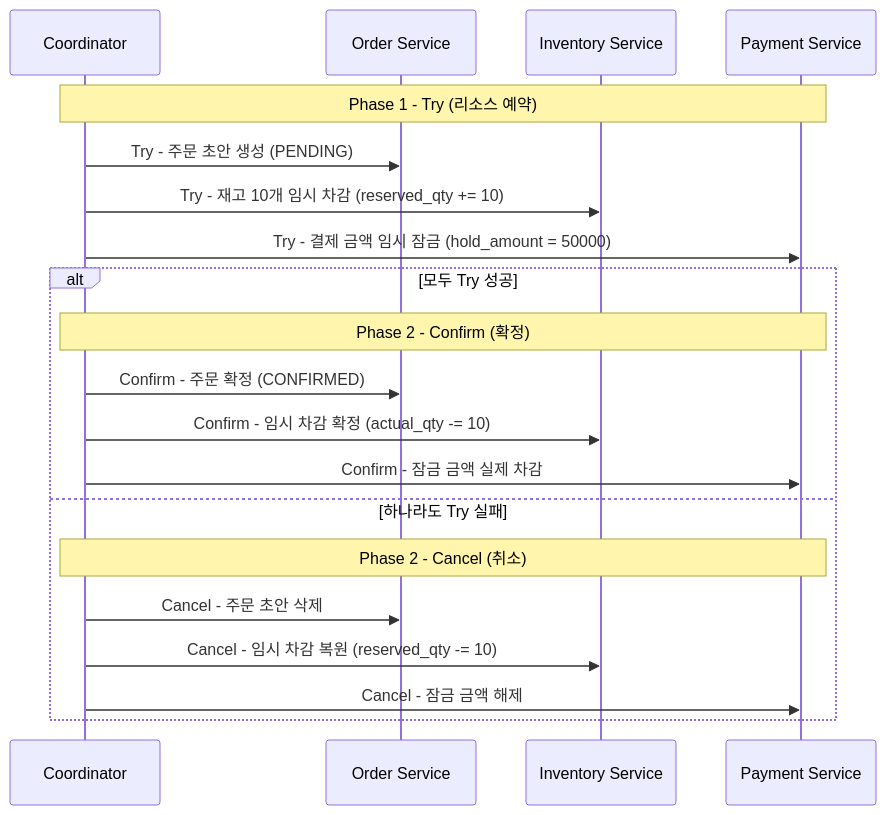
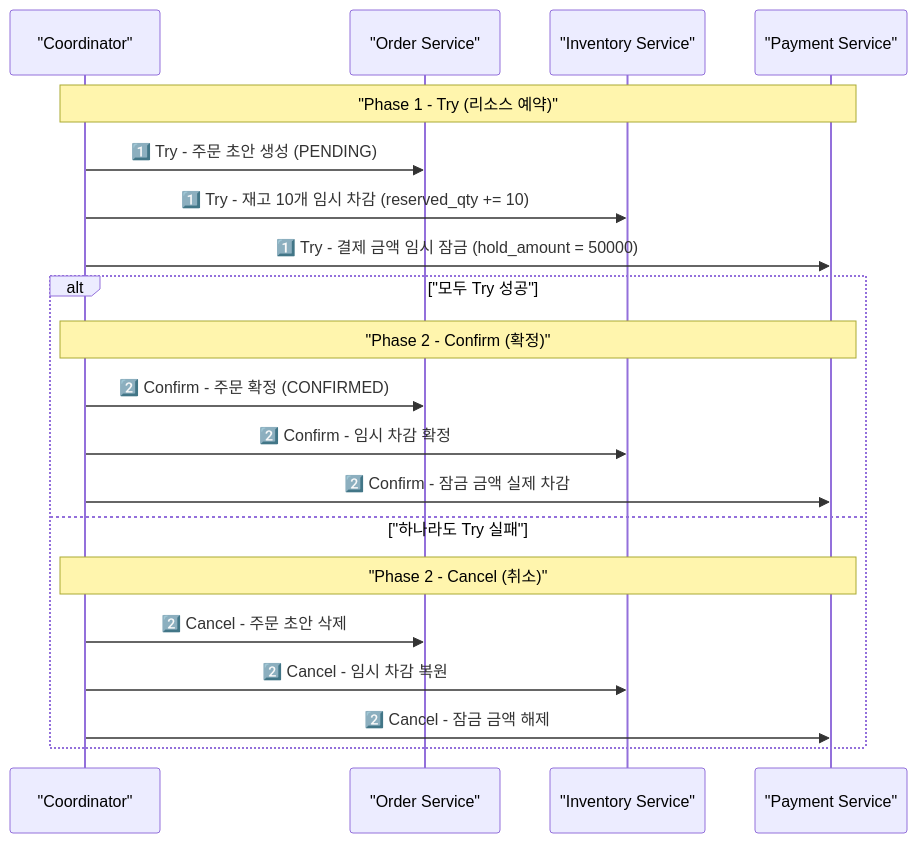
One commit to yjkim2015/yjkim2015.github.io changed the sixth of 8 diagrams in _posts/spring/2026-05-01-distributed-transaction.md. Above: the diagram before and after it, drawn with Mermaid. The commit also changed other lines of this file and 34 other files, not shown here.

First line of the commit message:
Full quality pass: 41 files — ASCII removed, 동작원리 보강, diagrams

```diff
--- a/_posts/spring/2026-05-01-distributed-transaction.md
+++ b/_posts/spring/2026-05-01-distributed-transaction.md
@@ -288,24 +240,24 @@
 <div class="mermaid">
 sequenceDiagram
-    participant CO as Coordinator
-    participant OS as Order Service
-    participant IS as Inventory Service
-    participant PS as Payment Service
+    participant CO as "Coordinator"
+    participant OS as "Order Service"
+    participant IS as "Inventory Service"
+    participant PS as "Payment Service"
 
-    Note over CO,PS: Phase 1 - Try (리소스 예약)
-    CO->>OS: Try - 주문 초안 생성 (PENDING)
-    CO->>IS: Try - 재고 10개 임시 차감 (reserved_qty += 10)
-    CO->>PS: Try - 결제 금액 임시 잠금 (hold_amount = 50000)
+    Note over CO,PS: "Phase 1 - Try (리소스 예약)"
+    CO->>OS: 1️⃣ Try - 주문 초안 생성 (PENDING)
+    CO->>IS: 1️⃣ Try - 재고 10개 임시 차감 (reserved_qty += 10)
+    CO->>PS: 1️⃣ Try - 결제 금액 임시 잠금 (hold_amount = 50000)
 
-    alt 모두 Try 성공
-        Note over CO,PS: Phase 2 - Confirm (확정)
-        CO->>OS: Confirm - 주문 확정 (CONFIRMED)
-        CO->>IS: Confirm - 임시 차감 확정 (actual_qty -= 10)
-        CO->>PS: Confirm - 잠금 금액 실제 차감
-    else 하나라도 Try 실패
-        Note over CO,PS: Phase 2 - Cancel (취소)
-        CO->>OS: Cancel - 주문 초안 삭제
-        CO->>IS: Cancel - 임시 차감 복원 (reserved_qty -= 10)
-        CO->>PS: Cancel - 잠금 금액 해제
+    alt "모두 Try 성공"
+        Note over CO,PS: "Phase 2 - Confirm (확정)"
+        CO->>OS: 2️⃣ Confirm - 주문 확정 (CONFIRMED)
+        CO->>IS: 2️⃣ Confirm - 임시 차감 확정
+        CO->>PS: 2️⃣ Confirm - 잠금 금액 실제 차감
+    else "하나라도 Try 실패"
+        Note over CO,PS: "Phase 2 - Cancel (취소)"
+        CO->>OS: 2️⃣ Cancel - 주문 초안 삭제
+        CO->>IS: 2️⃣ Cancel - 임시 차감 복원
+        CO->>PS: 2️⃣ Cancel - 잠금 금액 해제
     end
 </div>
```
